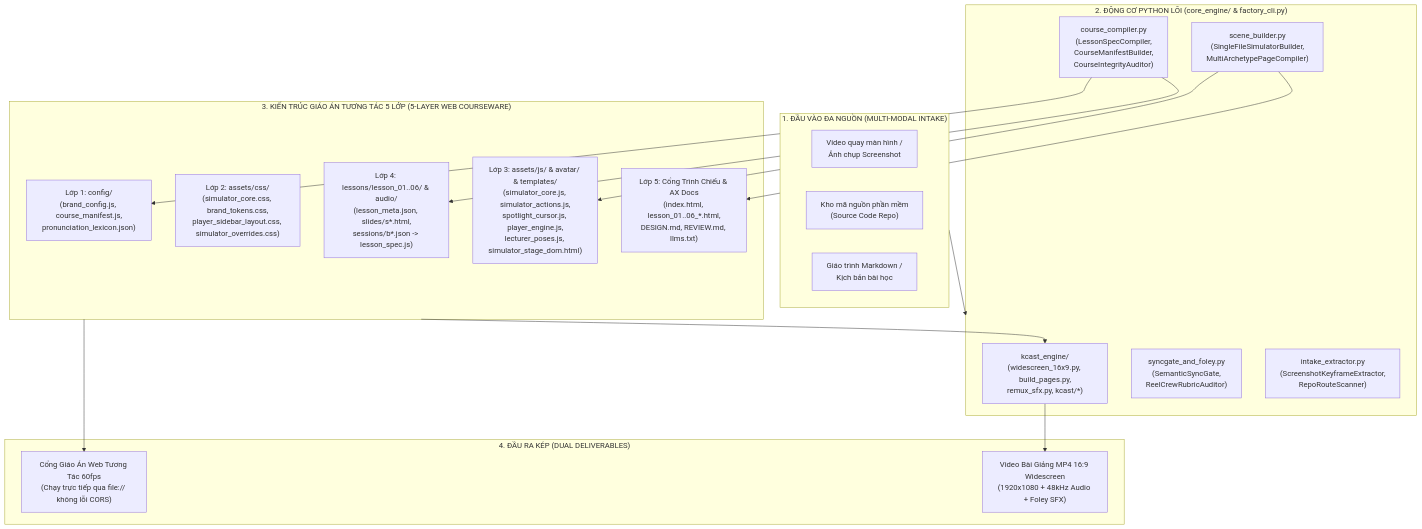
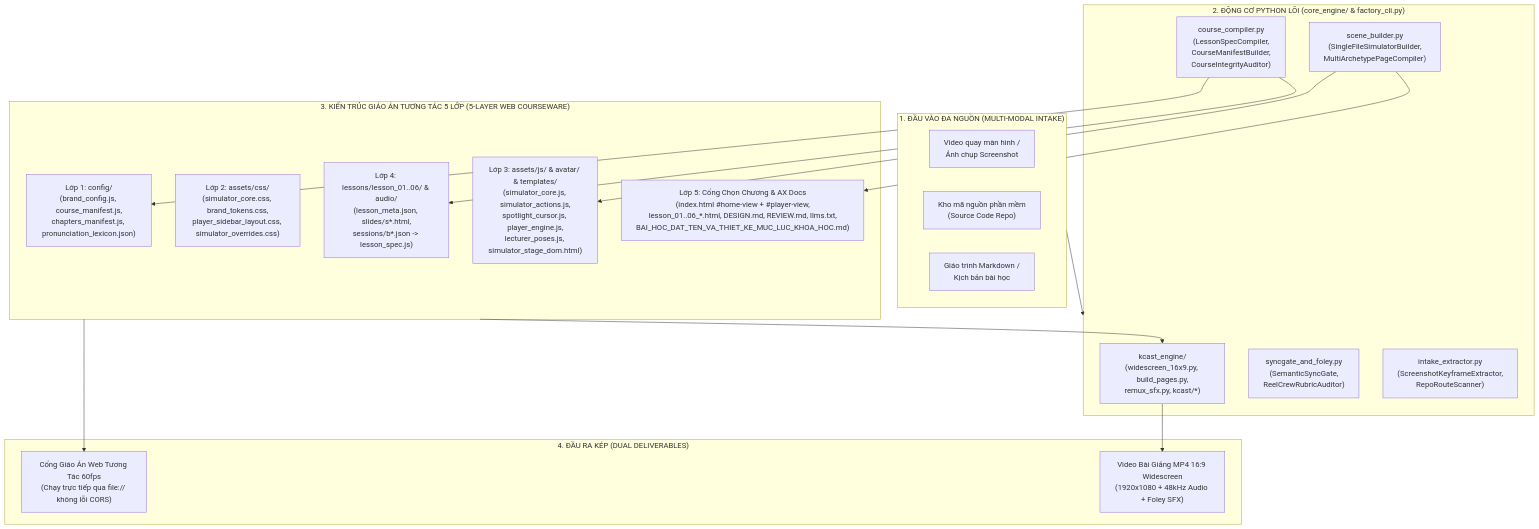
Before and after one commit to minhgssp/software-tutorial-video-factory: the first of 2 diagrams in docs/CODEMAP.md, drawn with Mermaid. The commit also changed other lines of this file and 78 other files, not shown here.

````diff
--- a/docs/CODEMAP.md
+++ b/docs/CODEMAP.md
@@ -11,35 +11,35 @@
 ```mermaid
 flowchart TB
     subgraph INPUT["1. ĐẦU VÀO ĐA NGUỒN (MULTI-MODAL INTAKE)"]
         I1["Video quay màn hình /<br/>Ảnh chụp Screenshot"]
         I2["Kho mã nguồn phần mềm<br/>(Source Code Repo)"]
         I3["Giáo trình Markdown /<br/>Kịch bản bài học"]
     end
 
     subgraph PYTHON_CORE["2. ĐỘNG CƠ PYTHON LÕI (core_engine/ & factory_cli.py)"]
         E1["intake_extractor.py<br/>(ScreenshotKeyframeExtractor,<br/>RepoRouteScanner)"]
         E2["course_compiler.py<br/>(LessonSpecCompiler,<br/>CourseManifestBuilder,<br/>CourseIntegrityAuditor)"]
         E3["scene_builder.py<br/>(SingleFileSimulatorBuilder,<br/>MultiArchetypePageCompiler)"]
         E4["syncgate_and_foley.py<br/>(SemanticSyncGate,<br/>ReelCrewRubricAuditor)"]
         E5["kcast_engine/<br/>(widescreen_16x9.py, build_pages.py,<br/>remux_sfx.py, kcast/*)"]
     end
 
     subgraph WEB_RUNTIME["3. KIẾN TRÚC GIÁO ÁN TƯƠNG TÁC 5 LỚP (5-LAYER WEB COURSEWARE)"]
-        L1["Lớp 1: config/<br/>(brand_config.js, course_manifest.js,<br/>pronunciation_lexicon.json)"]
+        L1["Lớp 1: config/<br/>(brand_config.js, course_manifest.js,<br/>chapters_manifest.js, pronunciation_lexicon.json)"]
         L2["Lớp 2: assets/css/<br/>(simulator_core.css, brand_tokens.css,<br/>player_sidebar_layout.css, simulator_overrides.css)"]
         L3["Lớp 3: assets/js/ & avatar/ & templates/<br/>(simulator_core.js, simulator_actions.js,<br/>spotlight_cursor.js, player_engine.js,<br/>lecturer_poses.js, simulator_stage_dom.html)"]
         L4["Lớp 4: lessons/lesson_01..06/ & audio/<br/>(lesson_meta.json, slides/s*.html,<br/>sessions/b*.json -> lesson_spec.js)"]
-        L5["Lớp 5: Cổng Trình Chiếu & AX Docs<br/>(index.html, lesson_01..06_*.html,<br/>DESIGN.md, REVIEW.md, llms.txt)"]
+        L5["Lớp 5: Cổng Chọn Chương & AX Docs<br/>(index.html #home-view + #player-view,<br/>lesson_01..06_*.html, DESIGN.md, REVIEW.md, llms.txt,<br/>BAI_HOC_DAT_TEN_VA_THIET_KE_MUC_LUC_KHOA_HOC.md)"]
     end
 
     subgraph OUTPUT["4. ĐẦU RA KÉP (DUAL DELIVERABLES)"]
         O1["Cổng Giáo Án Web Tương Tác 60fps<br/>(Chạy trực tiếp qua file:// không lỗi CORS)"]
         O2["Video Bài Giảng MP4 16:9 Widescreen<br/>(1920x1080 + 48kHz Audio + Foley SFX)"]
     end
 
     INPUT --> PYTHON_CORE
     E2 --> L1 & L4
     E3 --> L3 & L5
     WEB_RUNTIME --> O1
     WEB_RUNTIME --> E5 --> O2
 ```
````
